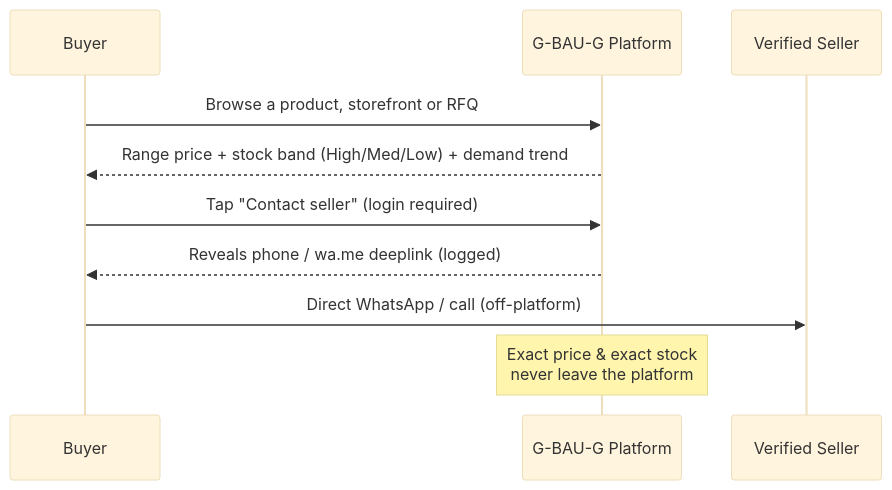
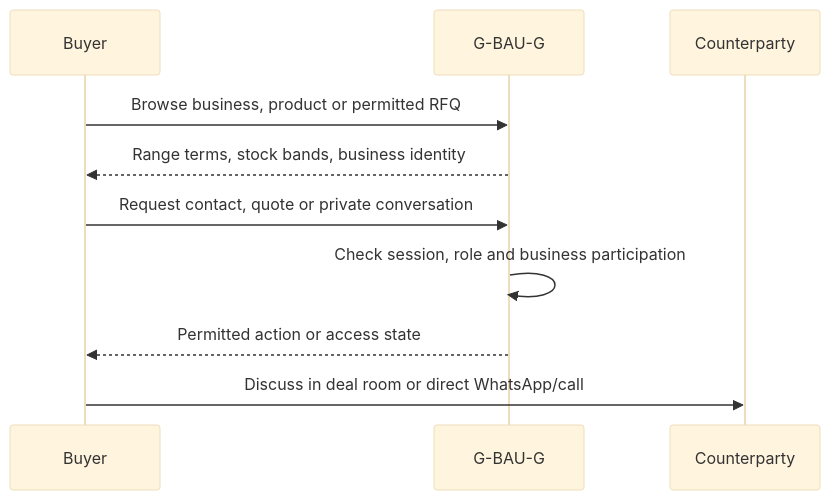
The first of 2 diagrams in src/content/docs/01-vision-and-pitch.md (arka97/mddma-test), drawn with Mermaid (base theme) before and after one commit. The commit also changed other lines of this file and 6 other files, not shown here.

````diff
--- a/src/content/docs/01-vision-and-pitch.md
+++ b/src/content/docs/01-vision-and-pitch.md
@@ -21,12 +17,12 @@
 ```mermaid
 sequenceDiagram
-    participant B as Buyer
-    participant P as G-BAU-G Platform
-    participant S as Verified Seller
-    B->>P: Browse a product, storefront or RFQ
-    P-->>B: Range price + stock band (High/Med/Low) + demand trend
-    B->>P: Tap "Contact seller" (login required)
-    P-->>B: Reveals phone / wa.me deeplink (logged)
-    B->>S: Direct WhatsApp / call (off-platform)
-    Note over P: Exact price & exact stock<br/>never leave the platform
+  participant B as Buyer
+  participant P as G-BAU-G
+  participant S as Counterparty
+  B->>P: Browse business, product or permitted RFQ
+  P-->>B: Range terms, stock bands, business identity
+  B->>P: Request contact, quote or private conversation
+  P->>P: Check session, role and business participation
+  P-->>B: Permitted action or access state
+  B->>S: Discuss in deal room or direct WhatsApp/call
 ```
````
